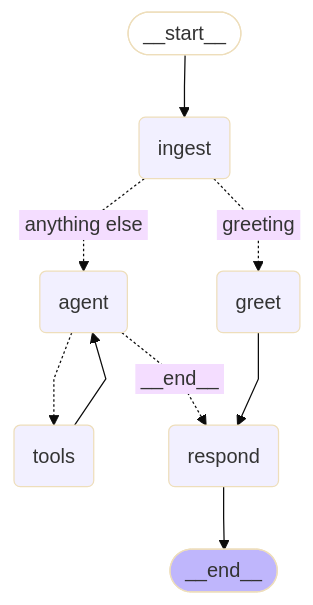
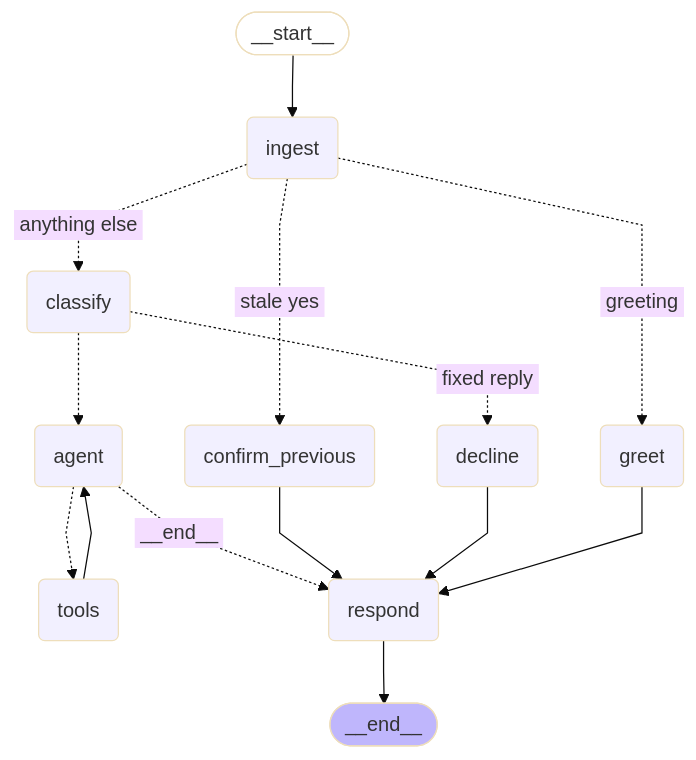
Before and after one commit to sakethss98/oura-coach: the diagram in docs/graph.mmd, drawn with Mermaid (base theme). The commit also changed 29 other files, not shown here.

```diff
--- a/docs/graph.mmd
+++ b/docs/graph.mmd
@@ -1,24 +1,32 @@
 ---
 config:
   flowchart:
     curve: linear
 ---
 graph TD;
 	__start__([<p>__start__</p>]):::first
 	ingest(ingest)
 	greet(greet)
+	confirm_previous(confirm_previous)
+	classify(classify)
+	decline(decline)
 	agent(agent)
 	tools(tools)
 	respond(respond)
 	__end__([<p>__end__</p>]):::last
 	__start__ --> ingest;
 	agent -. &nbsp;__end__&nbsp; .-> respond;
 	agent -.-> tools;
+	classify -.-> agent;
+	classify -. &nbsp;fixed reply&nbsp; .-> decline;
+	confirm_previous --> respond;
+	decline --> respond;
 	greet --> respond;
-	ingest -. &nbsp;anything else&nbsp; .-> agent;
+	ingest -. &nbsp;anything else&nbsp; .-> classify;
+	ingest -. &nbsp;stale yes&nbsp; .-> confirm_previous;
 	ingest -. &nbsp;greeting&nbsp; .-> greet;
 	tools --> agent;
 	respond --> __end__;
 	classDef default fill:#f2f0ff,line-height:1.2
 	classDef first fill-opacity:0
 	classDef last fill:#bfb6fc
```
